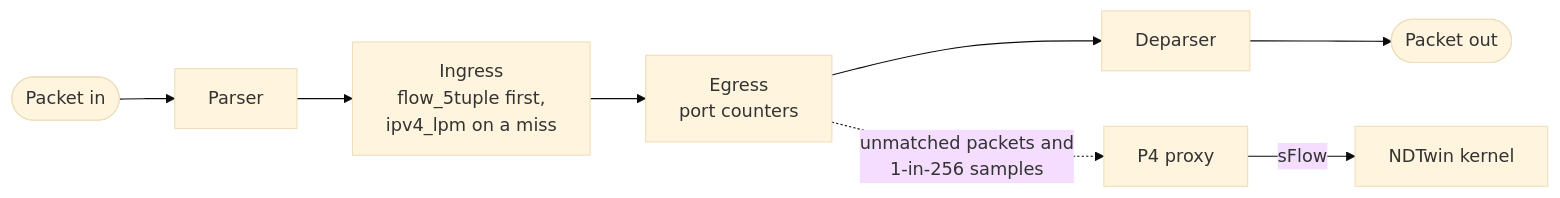
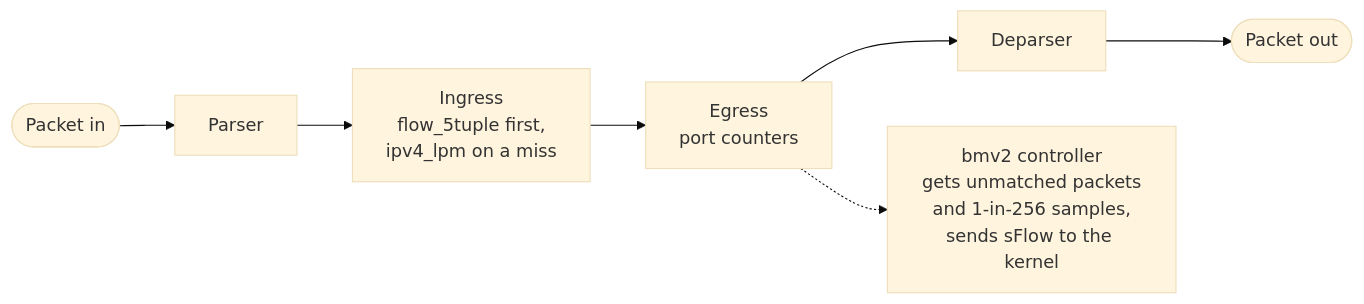
One commit to Adam010341/NDTwin-Kernel-P4 changed the diagram in README.md. Above: the diagram before and after it, drawn with Mermaid (base theme). The commit also changed other lines of this file, not shown here.

Commit message:
doc: call the P4 proxy the bmv2 controller and keep the figure compact

````diff
--- a/README.md
+++ b/README.md
@@ -74,10 +75,9 @@
 ```mermaid
 flowchart LR
     RX([Packet in]) --> P[Parser]
     P --> I["Ingress<br/>flow_5tuple first,<br/>ipv4_lpm on a miss"]
     I --> E["Egress<br/>port counters"]
     E --> D[Deparser]
     D --> TX([Packet out])
-    E -. "unmatched packets and<br/>1-in-256 samples" .-> X[P4 proxy]
-    X -- sFlow --> K[NDTwin kernel]
+    E -.-> X["bmv2 controller<br/>gets unmatched packets<br/>and 1-in-256 samples,<br/>sends sFlow to the kernel"]
 ```
````
